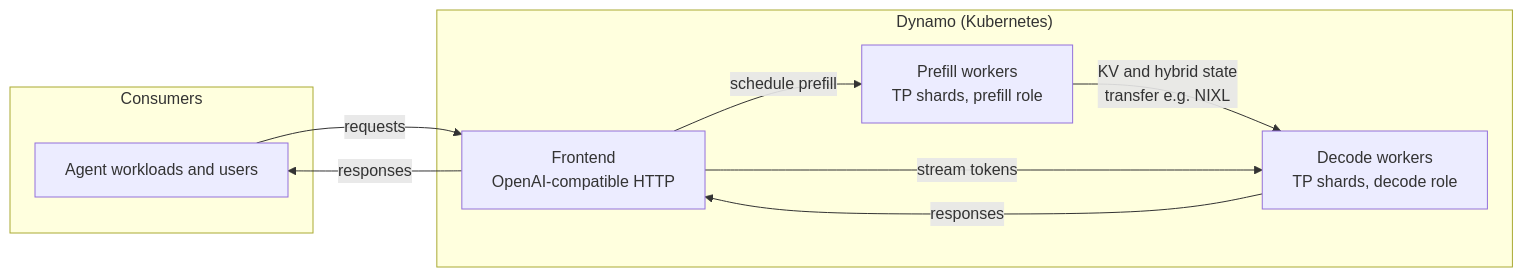
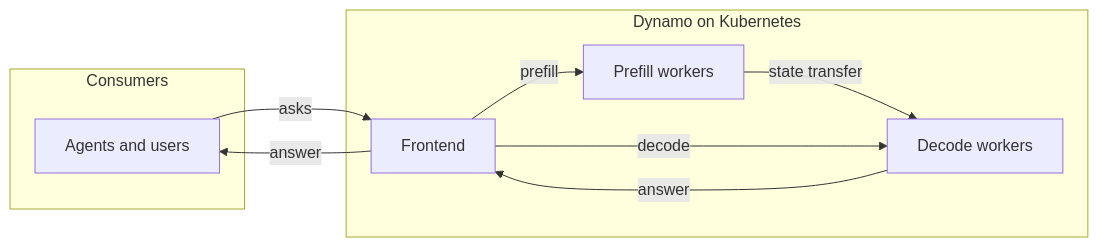
One commit to NVIDIA/nim-deploy changed the sixth of 6 diagrams in cloud-service-providers/azure/workshops/aks-nemoclaw/README.md. Above: the diagram before and after it, drawn with Mermaid. The commit also changed other lines of this file, not shown here.

````diff
--- a/cloud-service-providers/azure/workshops/aks-nemoclaw/README.md
+++ b/cloud-service-providers/azure/workshops/aks-nemoclaw/README.md
@@ -154,17 +157,17 @@
 ```mermaid
 flowchart LR
   subgraph Consumers
-    CL[Agent workloads and users]
+    CL[Agents and users]
   end
-  subgraph Dyn["Dynamo (Kubernetes)"]
-    FE[Frontend\nOpenAI-compatible HTTP]
-    PF[Prefill workers\nTP shards, prefill role]
-    DC[Decode workers\nTP shards, decode role]
+  subgraph Dyn["Dynamo on Kubernetes"]
+    FE[Frontend]
+    PF[Prefill workers]
+    DC[Decode workers]
   end
-  CL -->|requests| FE
-  FE -->|schedule prefill| PF
-  PF -->|KV and hybrid state\ntransfer e.g. NIXL| DC
-  FE -->|stream tokens| DC
-  DC -->|responses| FE
-  FE -->|responses| CL
+  CL -->|asks| FE
+  FE -->|prefill| PF
+  PF -->|state transfer| DC
+  FE -->|decode| DC
+  DC -->|answer| FE
+  FE -->|answer| CL
 ```
````
